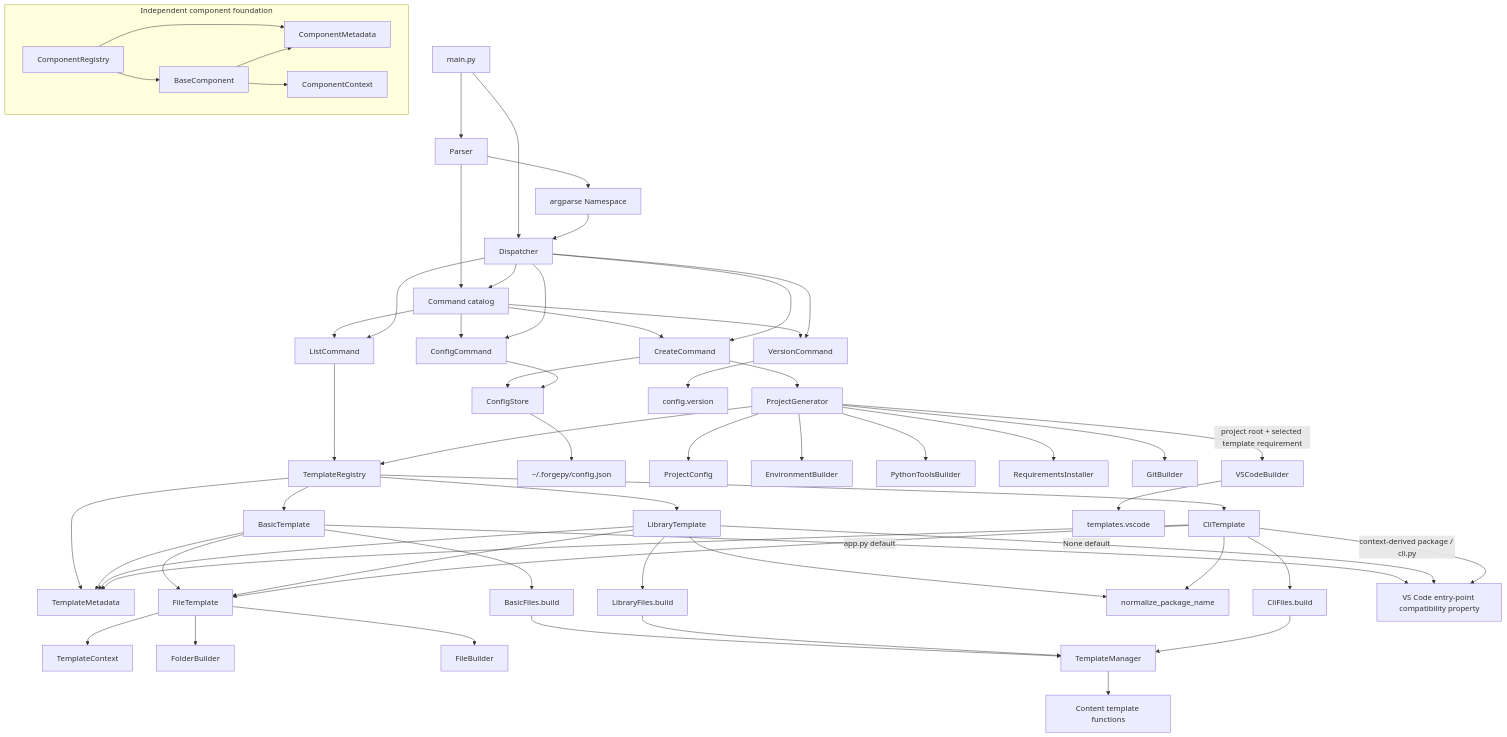
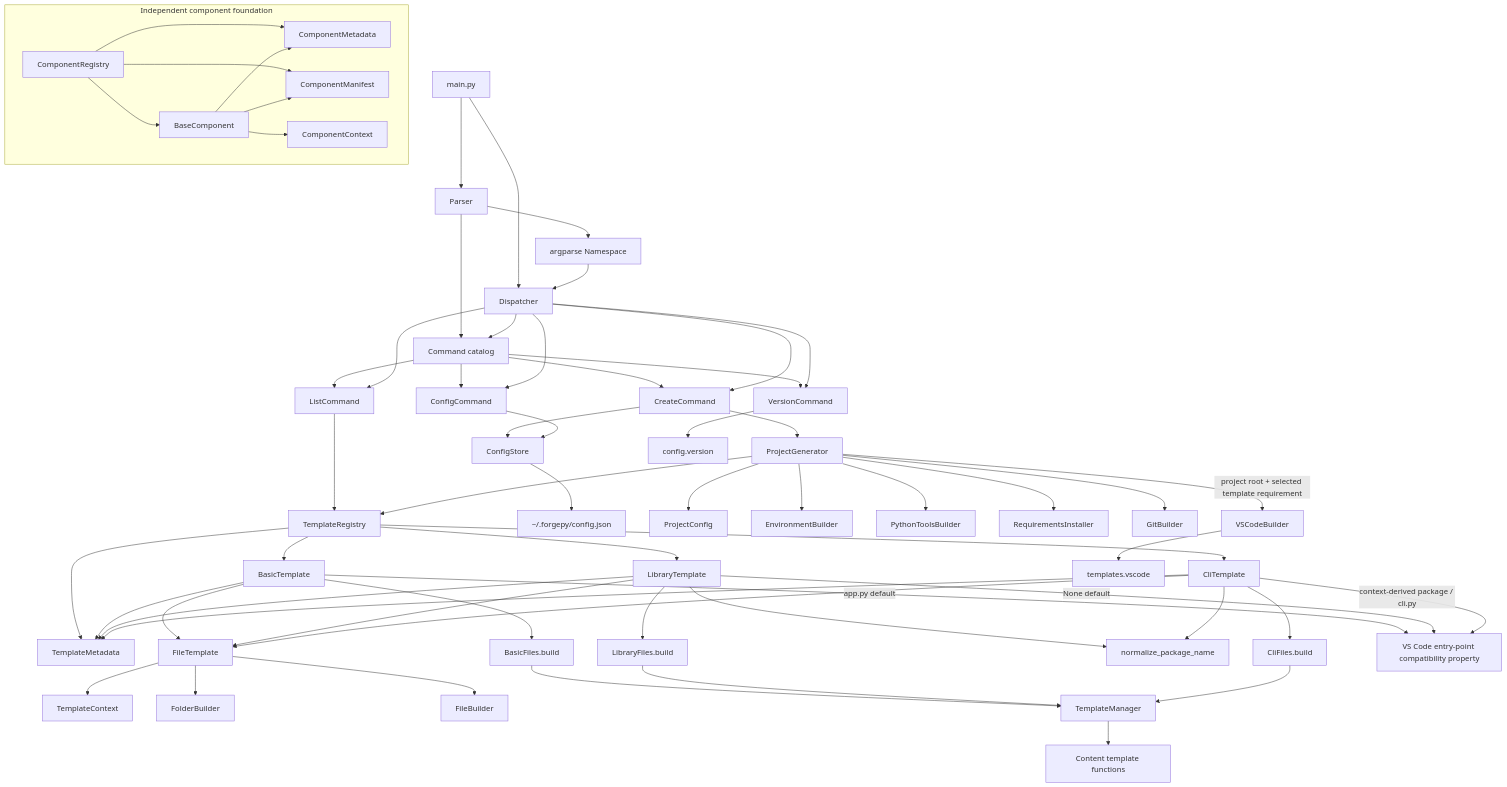
Before and after one commit to rendyzou89/ForgePy: the second of 4 diagrams in ARCHITECTURE.md, drawn with Mermaid. The commit also changed other lines of this file and 10 other files, not shown here.

Commit message:
feat(component): add component manifest foundation

````diff
--- a/ARCHITECTURE.md
+++ b/ARCHITECTURE.md
@@ -128,68 +130,70 @@
 ```mermaid
 flowchart TD
     Main[main.py] --> Parser[Parser]
     Main --> Dispatcher[Dispatcher]
     Parser --> Namespace[argparse Namespace]
     Namespace --> Dispatcher
 
     Parser --> Catalog[Command catalog]
     Dispatcher --> Catalog
     Catalog --> Create[CreateCommand]
     Catalog --> List[ListCommand]
     Catalog --> Version[VersionCommand]
     Catalog --> Config[ConfigCommand]
 
     Dispatcher --> Create
     Dispatcher --> List
     Dispatcher --> Version
     Dispatcher --> Config
 
     Create --> UserConfig
     Create --> Generator[ProjectGenerator]
     List --> Registry[TemplateRegistry]
     Registry --> TemplateMetadata[TemplateMetadata]
     Version --> VersionConfig[config.version]
     Config --> UserConfig[ConfigStore]
     UserConfig --> ConfigFile[~/.forgepy/config.json]
 
     subgraph ComponentFoundation[Independent component foundation]
         ComponentRegistry[ComponentRegistry] --> BaseComponent[BaseComponent]
         ComponentRegistry --> ComponentMetadata[ComponentMetadata]
+        ComponentRegistry --> ComponentManifest[ComponentManifest]
         BaseComponent --> ComponentMetadata
+        BaseComponent --> ComponentManifest
         BaseComponent --> ComponentContext[ComponentContext]
     end
 
     Generator --> ProjectConfig[ProjectConfig]
     Generator --> Registry
     Registry --> Basic[BasicTemplate]
     Registry --> Library[LibraryTemplate]
     Registry --> Cli[CliTemplate]
     Basic --> TemplateMetadata
     Library --> TemplateMetadata
     Cli --> TemplateMetadata
     Basic --> FileTemplate[FileTemplate]
     Library --> FileTemplate
     Cli --> FileTemplate
     FileTemplate --> Context[TemplateContext]
     FileTemplate --> FolderBuilder[FolderBuilder]
     FileTemplate --> FileBuilder[FileBuilder]
     Basic --> BasicFiles[BasicFiles.build]
     Library --> LibraryFiles[LibraryFiles.build]
     Library --> PackageName[normalize_package_name]
     Cli --> CliFiles[CliFiles.build]
     Cli --> PackageName
     BasicFiles --> TemplateManager[TemplateManager]
     LibraryFiles --> TemplateManager
     CliFiles --> TemplateManager
     TemplateManager --> Content[Content template functions]
     Basic -->|app.py default| VSCodeRequirement[VS Code entry-point compatibility property]
     Library -->|None default| VSCodeRequirement
     Cli -->|context-derived package / cli.py| VSCodeRequirement
 
     Generator --> Environment[EnvironmentBuilder]
     Generator --> PythonTools[PythonToolsBuilder]
     Generator --> Requirements[RequirementsInstaller]
     Generator --> Git[GitBuilder]
     Generator -->|project root + selected template requirement| VSCode[VSCodeBuilder]
     VSCode --> VSCodeTemplates[templates.vscode]
 ```
````
